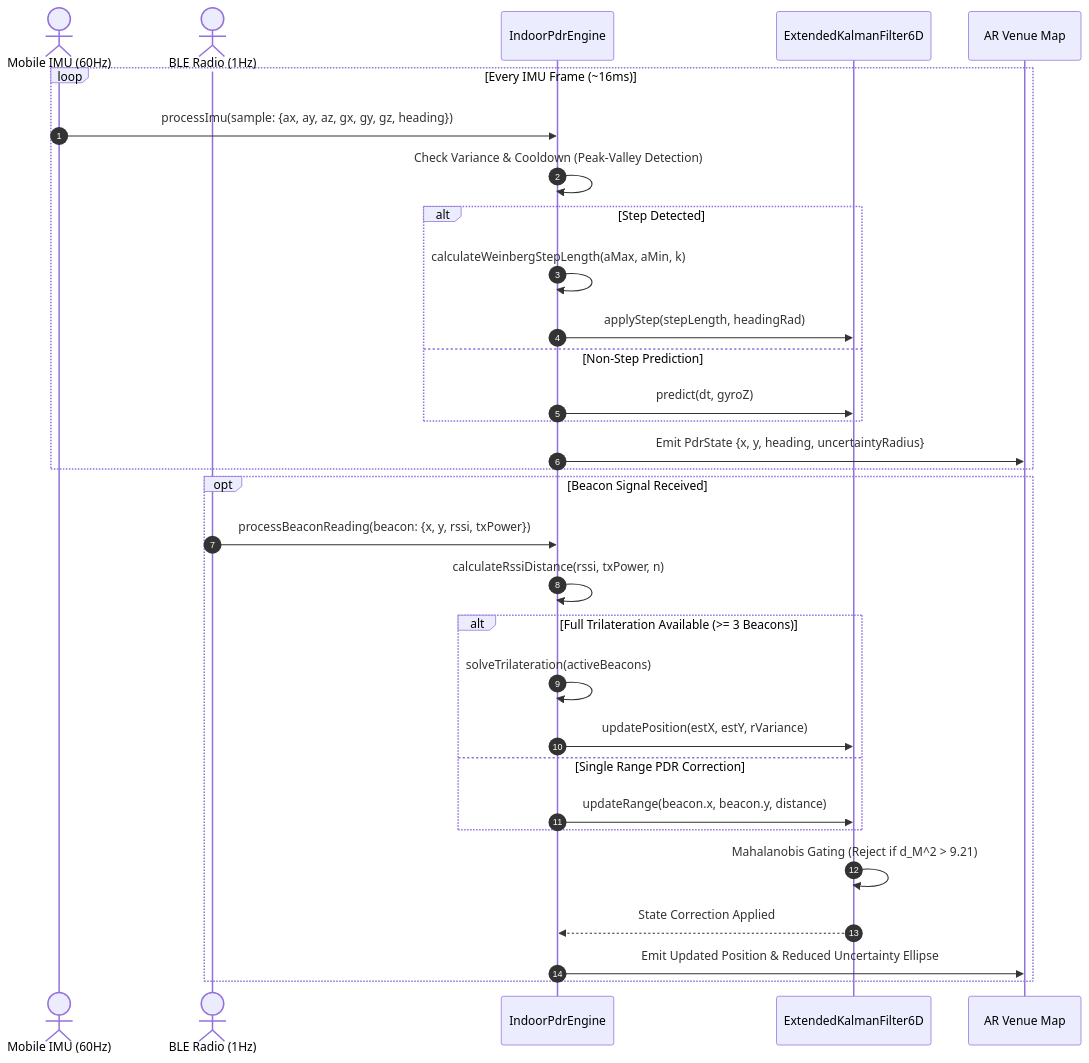
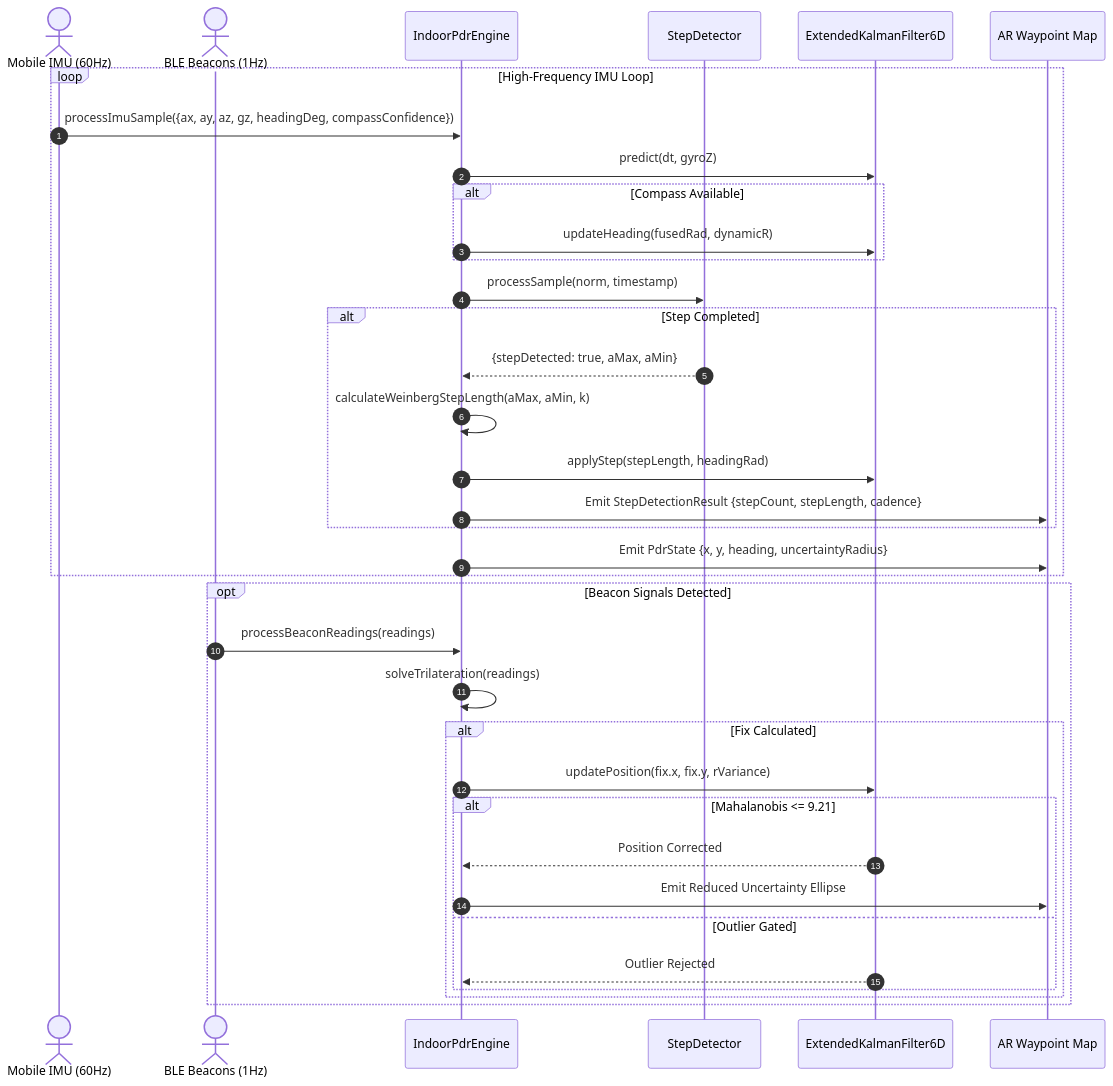
One commit to Aakif-Kohari/WorkSphere changed the second of 2 diagrams in docs/spatial/indoor-pdr-sensor-fusion.md. Above: the diagram before and after it, drawn with Mermaid. The commit also changed other lines of this file, not shown here.

First line of the commit message:
docs: document indoor PDR sensor fusion and step detection algorithms (#5402)

````diff
--- a/docs/spatial/indoor-pdr-sensor-fusion.md
+++ b/docs/spatial/indoor-pdr-sensor-fusion.md
@@ -281,35 +288,40 @@
 ```mermaid
 sequenceDiagram
     autonumber
-    actor Sensor as Mobile IMU (60Hz)
-    actor Beacon as BLE Radio (1Hz)
+    actor MobileSensors as Mobile IMU (60Hz)
+    actor Beacons as BLE Beacons (1Hz)
     participant Engine as IndoorPdrEngine
+    participant Detector as StepDetector
     participant EKF as ExtendedKalmanFilter6D
-    participant UI as AR Venue Map
+    participant MapUI as AR Waypoint Map
 
-    loop Every IMU Frame (~16ms)
-        Sensor->>Engine: processImu(sample: {ax, ay, az, gx, gy, gz, heading})
-        Engine->>Engine: Check Variance & Cooldown (Peak-Valley Detection)
-        alt Step Detected
+    loop High-Frequency IMU Loop
+        MobileSensors->>Engine: processImuSample({ax, ay, az, gz, headingDeg, compassConfidence})
+        Engine->>EKF: predict(dt, gyroZ)
+        alt Compass Available
+            Engine->>EKF: updateHeading(fusedRad, dynamicR)
+        end
+        Engine->>Detector: processSample(norm, timestamp)
+        alt Step Completed
+            Detector-->>Engine: {stepDetected: true, aMax, aMin}
             Engine->>Engine: calculateWeinbergStepLength(aMax, aMin, k)
             Engine->>EKF: applyStep(stepLength, headingRad)
-        else Non-Step Prediction
-            Engine->>EKF: predict(dt, gyroZ)
+            Engine->>MapUI: Emit StepDetectionResult {stepCount, stepLength, cadence}
         end
-        Engine->>UI: Emit PdrState {x, y, heading, uncertaintyRadius}
+        Engine->>MapUI: Emit PdrState {x, y, heading, uncertaintyRadius}
     end
 
-    opt Beacon Signal Received
-        Beacon->>Engine: processBeaconReading(beacon: {x, y, rssi, txPower})
-        Engine->>Engine: calculateRssiDistance(rssi, txPower, n)
-        alt Full Trilateration Available (>= 3 Beacons)
-            Engine->>Engine: solveTrilateration(activeBeacons)
-            Engine->>EKF: updatePosition(estX, estY, rVariance)
-        else Single Range PDR Correction
-            Engine->>EKF: updateRange(beacon.x, beacon.y, distance)
+    opt Beacon Signals Detected
+        Beacons->>Engine: processBeaconReadings(readings)
+        Engine->>Engine: solveTrilateration(readings)
+        alt Fix Calculated
+            Engine->>EKF: updatePosition(fix.x, fix.y, rVariance)
+            alt Mahalanobis <= 9.21
+                EKF-->>Engine: Position Corrected
+                Engine->>MapUI: Emit Reduced Uncertainty Ellipse
+            else Outlier Gated
+                EKF-->>Engine: Outlier Rejected
+            end
         end
-        EKF->>EKF: Mahalanobis Gating (Reject if d_M^2 > 9.21)
-        EKF-->>Engine: State Correction Applied
-        Engine->>UI: Emit Updated Position & Reduced Uncertainty Ellipse
     end
 ```
````
